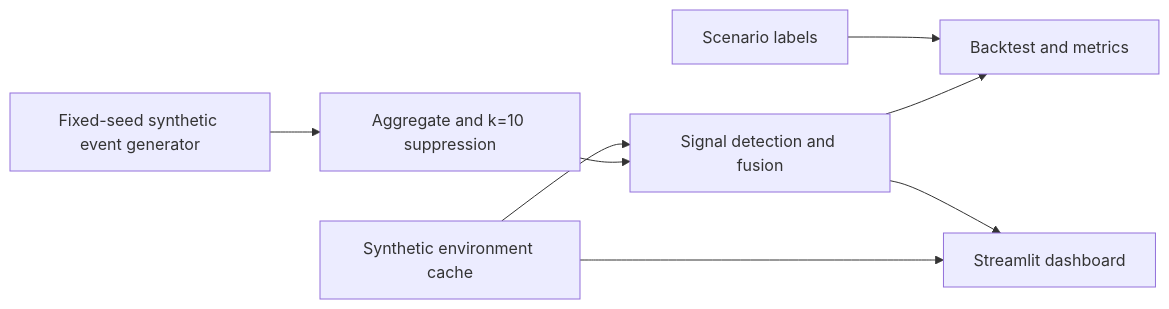
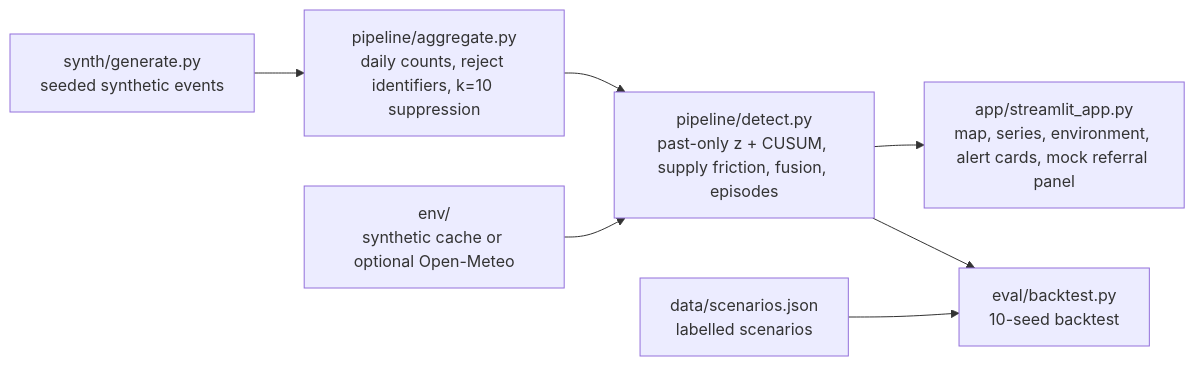
One commit to minasami/meds-signals changed the diagram in docs/TECHNICAL.md. Above: the diagram before and after it, drawn with Mermaid. The commit also changed other lines of this file and 1 other file, not shown here.

````diff
--- a/docs/TECHNICAL.md
+++ b/docs/TECHNICAL.md
@@ -8,10 +20,9 @@
 ```mermaid
 flowchart LR
-  A[Fixed-seed synthetic event generator] --> B[Aggregate and k=10 suppression]
-  E[Synthetic environment cache] --> D[Signal detection and fusion]
+  A["synth/generate.py<br/>seeded synthetic events"] --> B["pipeline/aggregate.py<br/>daily counts, reject identifiers, k=10 suppression"]
+  E["env/<br/>synthetic cache or optional Open-Meteo"] --> D["pipeline/detect.py<br/>past-only z + CUSUM, supply friction, fusion, episodes"]
   B --> D
-  C[Scenario labels] --> F[Backtest and metrics]
+  D --> G["app/streamlit_app.py<br/>map, series, environment, alert cards, mock referral panel"]
+  C["data/scenarios.json<br/>labelled scenarios"] --> F["eval/backtest.py<br/>10-seed backtest"]
   D --> F
-  D --> G[Streamlit dashboard]
-  E --> G
 ```
````
